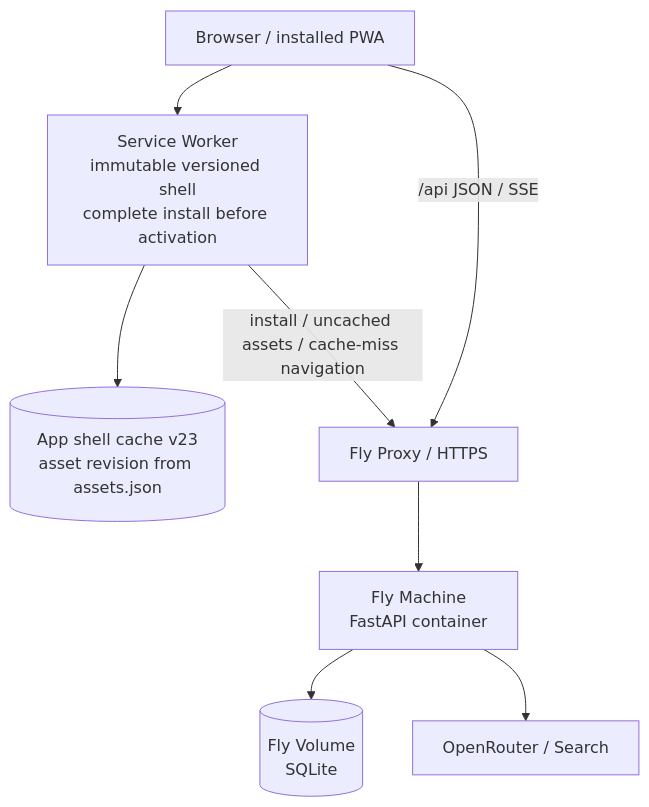
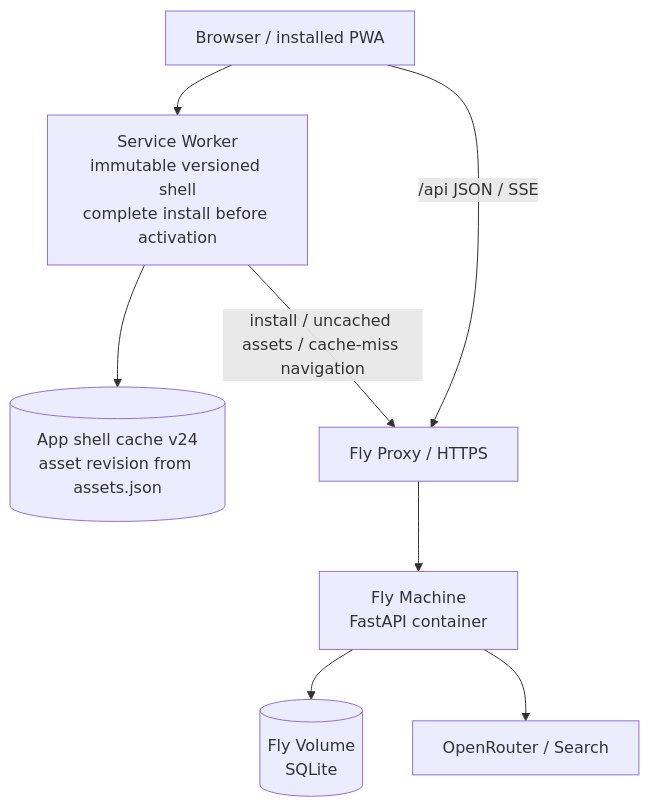
The seventh of 8 diagrams in docs/architecture.md (Teng91/running-shoes), drawn with Mermaid before and after one commit. The commit also changed other lines of this file and 9 other files, not shown here.

````diff
--- a/docs/architecture.md
+++ b/docs/architecture.md
@@ -306,18 +306,18 @@
 ```mermaid
 flowchart TB
     Browser[Browser / installed PWA]
     SW[Service Worker<br/>immutable versioned shell<br/>complete install before activation]
-    Shell[(App shell cache v23<br/>asset revision from assets.json)]
+    Shell[(App shell cache v24<br/>asset revision from assets.json)]
     FlyProxy[Fly Proxy / HTTPS]
     Machine[Fly Machine<br/>FastAPI container]
     Volume[(Fly Volume<br/>SQLite)]
     External[OpenRouter / Search]
 
     Browser --> SW
     SW --> Shell
     SW -->|install / uncached assets / cache-miss navigation| FlyProxy
     Browser -->|/api JSON / SSE| FlyProxy
     FlyProxy --> Machine
     Machine --> Volume
     Machine --> External
 ```
````
